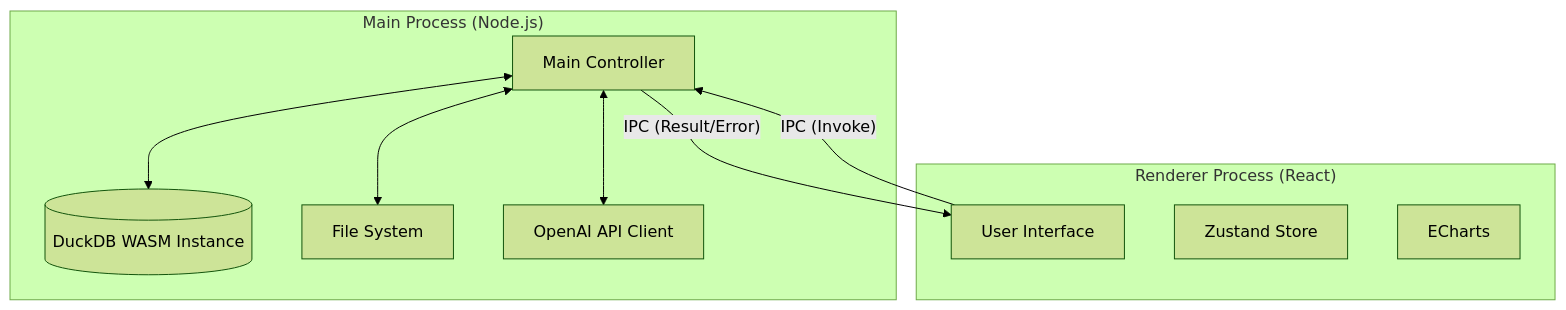
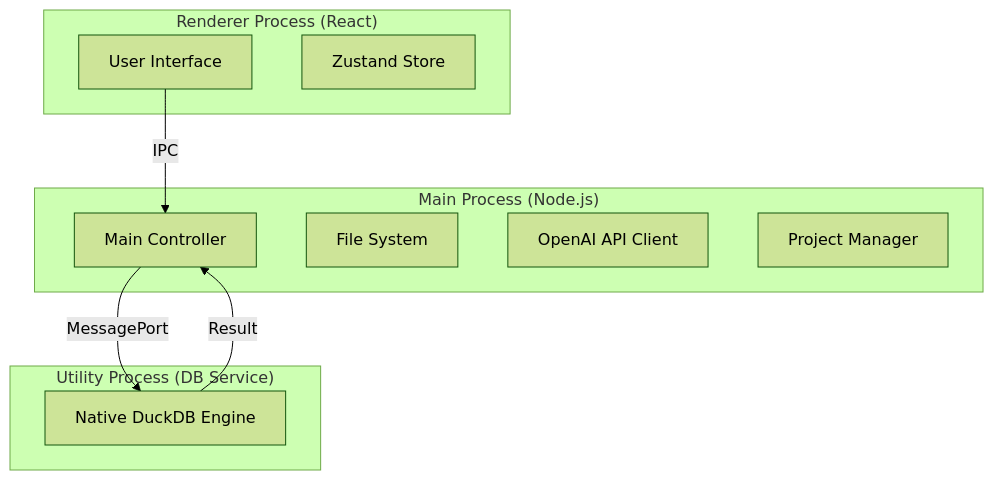
One commit to kevan/wansan-studio changed the diagram in docs/00_ARCHITECTURE.md. Above: the diagram before and after it, drawn with Mermaid (forest theme). The commit also changed other lines of this file and 4 other files, not shown here.

````diff
--- a/docs/00_ARCHITECTURE.md
+++ b/docs/00_ARCHITECTURE.md
@@ -50,22 +50,22 @@
 ```mermaid
 graph TD
     subgraph "Main Process (Node.js)"
         Main[Main Controller]
-        DB[(DuckDB WASM Instance)]
         FS[File System]
         AI[OpenAI API Client]
-        
-        Main <--> DB
-        Main <--> FS
-        Main <--> AI
+        PM[Project Manager]
+    end
+
+    subgraph "Utility Process (DB Service)"
+        DB[Native DuckDB Engine]
     end
 
     subgraph "Renderer Process (React)"
         UI[User Interface]
         Store[Zustand Store]
-        Chart[ECharts]
     end
 
-    UI -- IPC (Invoke) --> Main
-    Main -- IPC (Result/Error) --> UI
+    UI -- IPC --> Main
+    Main -- MessagePort --> DB
+    DB -- Result --> Main
 ```
````
